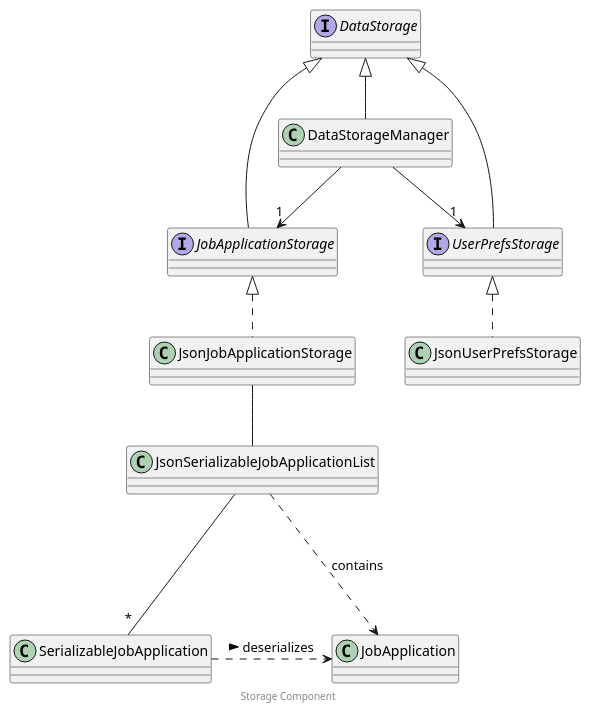
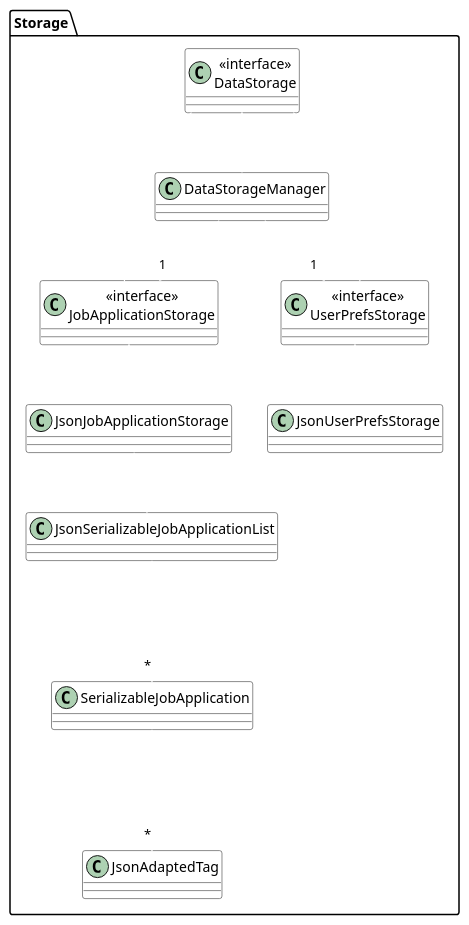
Before and after one commit to ryantanzr/tp: the diagram in docs/diagrams/StorageClassDiagram.puml, drawn with PlantUML. The commit also changed other lines of this file and 3 other files, not shown here.

Commit message:
Standardize Storage class diagram

```diff
--- a/docs/diagrams/StorageClassDiagram.puml
+++ b/docs/diagrams/StorageClassDiagram.puml
@@ -1,42 +72,45 @@
 @startuml Storage Component
+skinparam arrowThickness 1.1
+skinparam arrowColor STORAGE_COLOR
+skinparam classBackgroundColor STORAGE_COLOR
+
+package Storage as StoragePackage {
 
 ' Interfaces
-interface JobApplicationStorage
-interface UserPrefsStorage
-interface DataStorage
+class "<<interface>>\nJobApplicationStorage" as JobApplicationStorage
+class "<<interface>>\nUserPrefsStorage" as UserPrefsStorage
+class "<<interface>>\nDataStorage" as DataStorage
 
 ' Interface Relationships (Inheritance/Generalization)
-DataStorage <|-- JobApplicationStorage
-DataStorage <|-- UserPrefsStorage
+DataStorage --|> JobApplicationStorage
+DataStorage --|> UserPrefsStorage
 
 ' Classes
 class JsonJobApplicationStorage
 class JsonUserPrefsStorage
 class DataStorageManager
 
 class JsonSerializableJobApplicationList
 class SerializableJobApplication
-class JobApplication
+class JsonAdaptedTag
+
 
 ' Inheritance/Realization Relationships (Dashed lines with hollow triangles)
 JobApplicationStorage <|.. JsonJobApplicationStorage
 UserPrefsStorage <|.. JsonUserPrefsStorage
 DataStorage <|-- DataStorageManager
 
 ' Dependencies/Associations
 DataStorageManager --> "1" JobApplicationStorage
 DataStorageManager --> "1" UserPrefsStorage
 
 ' JsonJobApplicationStorage uses the serializable list
-JsonJobApplicationStorage -- JsonSerializableJobApplicationList
+JsonJobApplicationStorage --> JsonSerializableJobApplicationList
 
-JsonSerializableJobApplicationList --- "*" SerializableJobApplication
+JsonSerializableJobApplicationList ---> "*" SerializableJobApplication
+SerializableJobApplication ---> "*" JsonAdaptedTag
 
-' Dependency/Association (Dashed arrow) for conversion/mapping
-SerializableJobApplication .> JobApplication : deserializes >
-JsonSerializableJobApplicationList .> JobApplication : contains
+}
 
-' Title
-footer Storage Component
 
 @enduml
```
